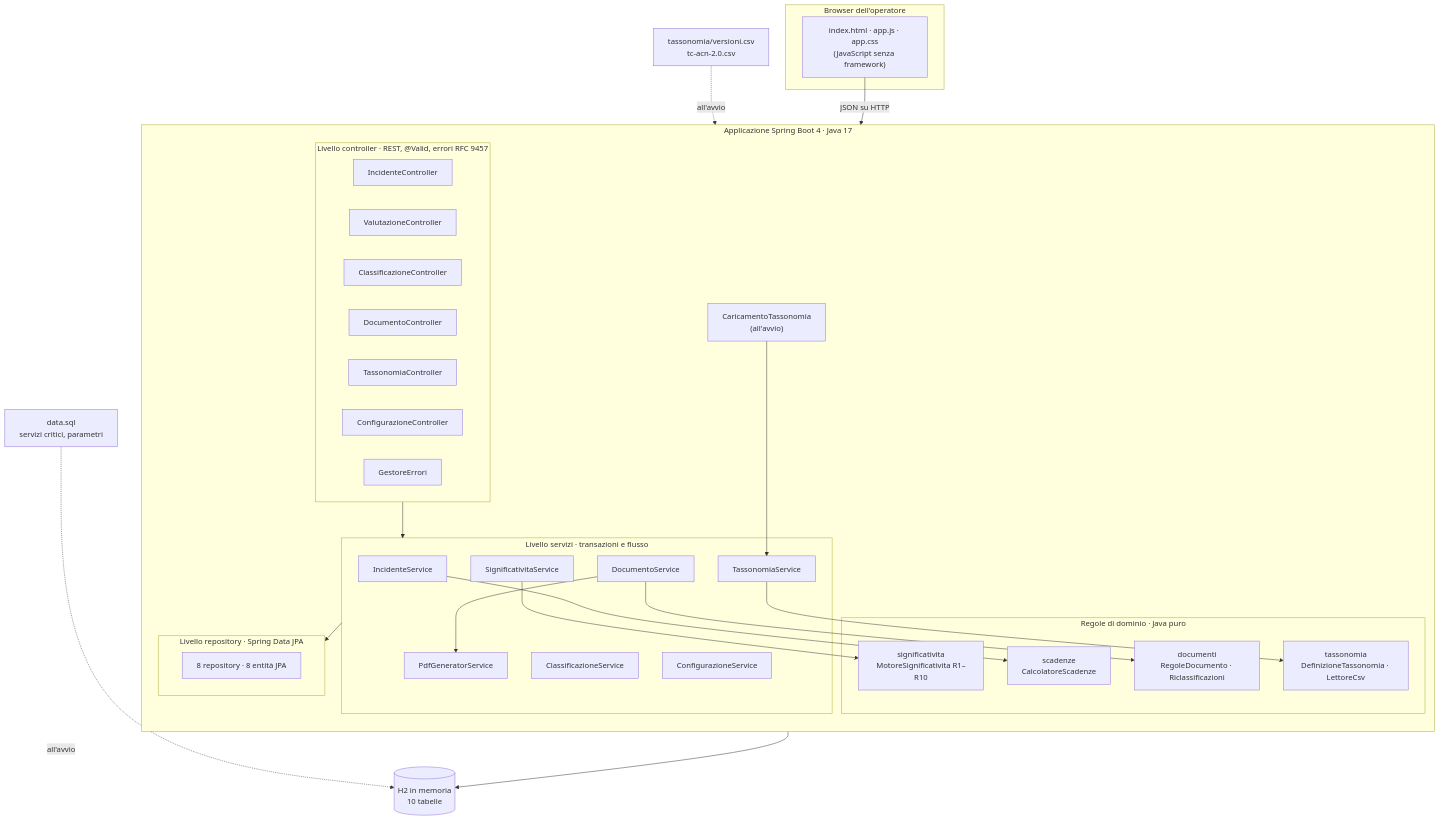
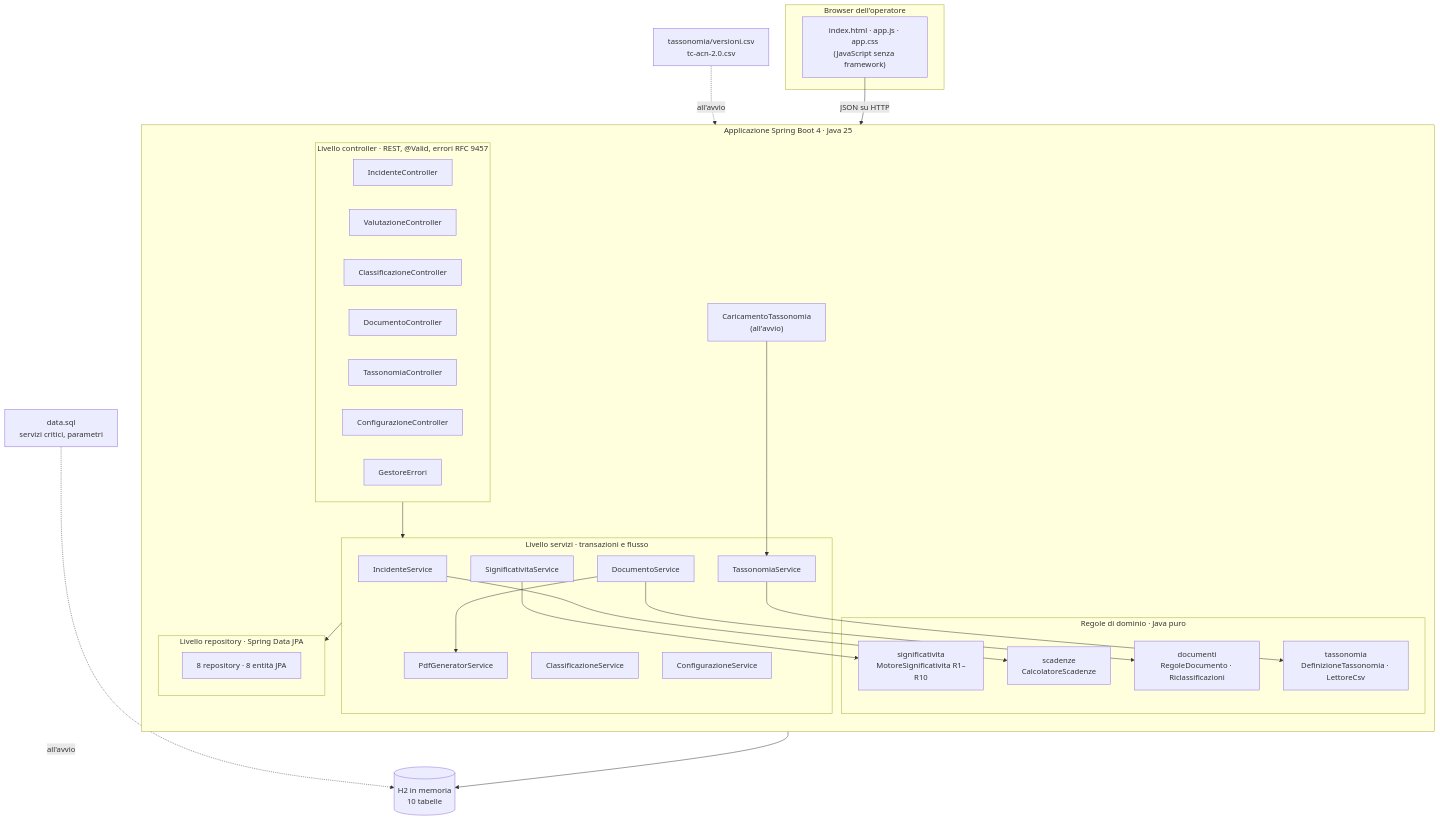
The first of 2 diagrams in docs/architettura.md (maloisio-ghub/csirt-notifiche-nis2-pw), drawn with Mermaid before and after one commit. The commit also changed 2 other files, not shown here.

Commit message:
Aggiornamento a Java 25

````diff
--- a/docs/architettura.md
+++ b/docs/architettura.md
@@ -9,55 +9,55 @@
 ```mermaid
 flowchart TB
     subgraph Browser["Browser dell'operatore"]
         UI["index.html · app.js · app.css<br/>(JavaScript senza framework)"]
     end
 
-    subgraph App["Applicazione Spring Boot 4 · Java 17"]
+    subgraph App["Applicazione Spring Boot 4 · Java 25"]
         direction TB
         subgraph C["Livello controller · REST, @Valid, errori RFC 9457"]
             IC[IncidenteController]
             VC[ValutazioneController]
             CC[ClassificazioneController]
             DC[DocumentoController]
             TC[TassonomiaController]
             CfC[ConfigurazioneController]
             GE[GestoreErrori]
         end
         subgraph S["Livello servizi · transazioni e flusso"]
             IS[IncidenteService]
             SS[SignificativitaService]
             CS[ClassificazioneService]
             DS[DocumentoService]
             TS[TassonomiaService]
             CfS[ConfigurazioneService]
             PS[PdfGeneratorService]
         end
         subgraph D["Regole di dominio · Java puro"]
             MS["significativita<br/>MotoreSignificativita R1–R10"]
             SC["scadenze<br/>CalcolatoreScadenze"]
             RD["documenti<br/>RegoleDocumento · Riclassificazioni"]
             DT["tassonomia<br/>DefinizioneTassonomia · LettoreCsv"]
         end
         subgraph R["Livello repository · Spring Data JPA"]
             REP["8 repository · 8 entità JPA"]
         end
         AVV["CaricamentoTassonomia<br/>(all'avvio)"]
     end
 
     DB[("H2 in memoria<br/>10 tabelle")]
     DATI["data.sql<br/>servizi critici, parametri"]
     CSV["tassonomia/versioni.csv<br/>tc-acn-2.0.csv"]
 
     UI -- "JSON su HTTP" --> C
     C --> S
     SS --> MS
     IS --> SC
     DS --> RD
     TS --> DT
     DS --> PS
     S --> R
     R --> DB
     DATI -. "all'avvio" .-> DB
     CSV -. "all'avvio" .-> AVV
     AVV --> TS
 ```
````
